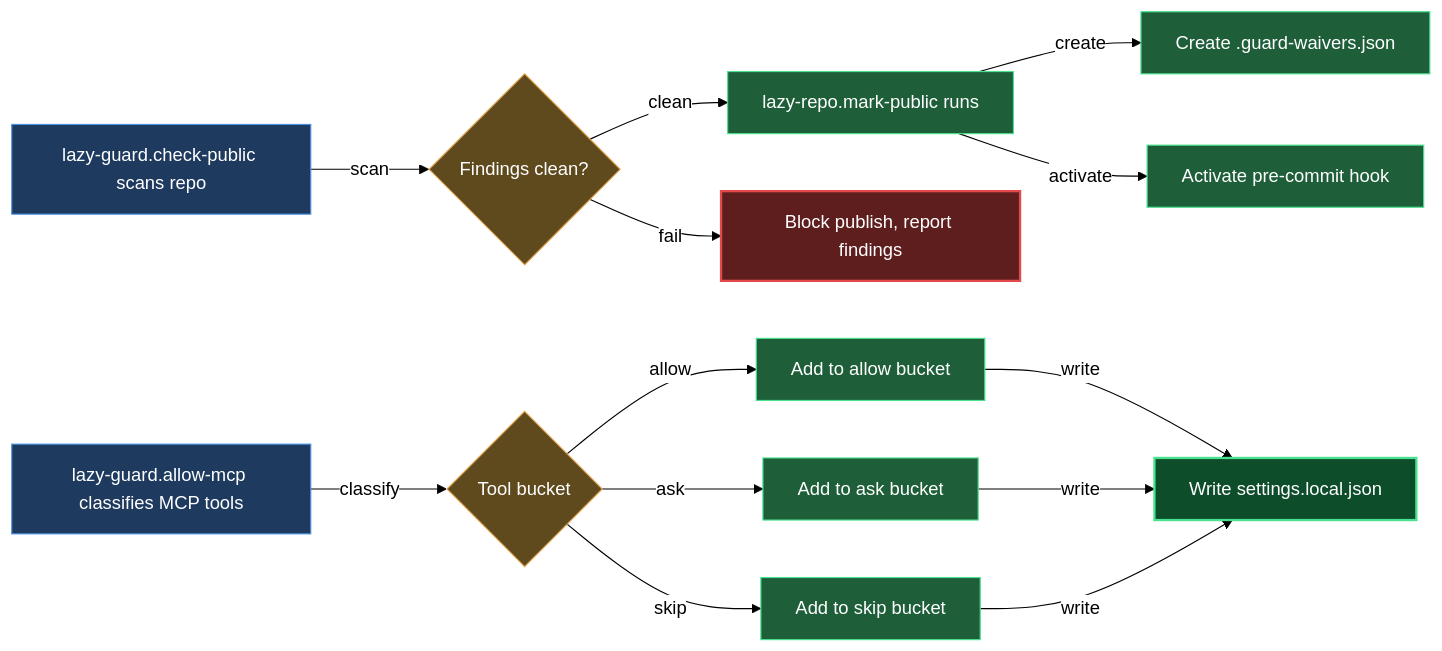
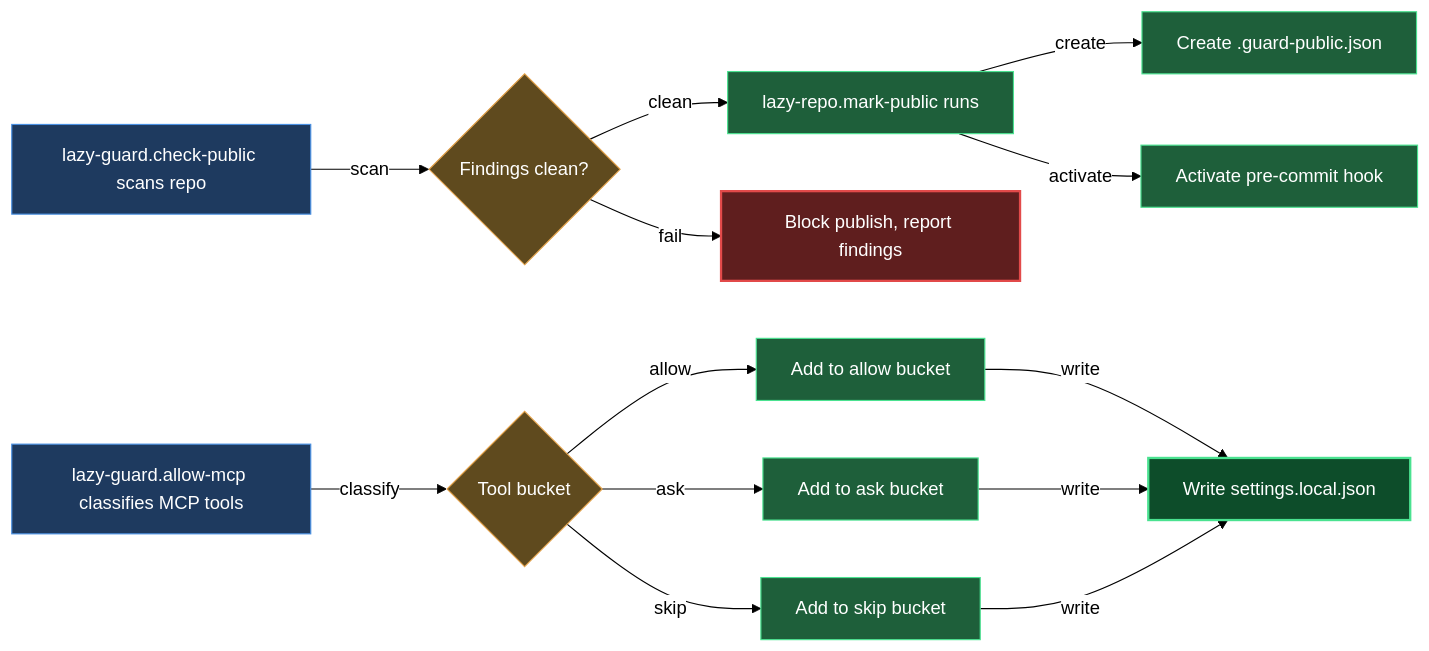
The diagram in claude/lazycortex-core/help/guardian.md (mebius-san/lazy-cortex), drawn with Mermaid before and after one commit. The commit also changed other lines of this file and 511 other files, not shown here.

First line of the commit message:
release: core 7.0.0, specs 6.0.0, review 6.1.0, obsidian 3.0.0, wiki 2.0.0, python 4.0.0, experts 1.0.0, diagram 1.1.7, observe 0.8.3

````diff
--- a/claude/lazycortex-core/help/guardian.md
+++ b/claude/lazycortex-core/help/guardian.md
@@ -60,48 +61,48 @@
 ```mermaid
 %%{init: {'themeVariables':{'background':'transparent','lineColor':'#000','textColor':'#000','edgeLabelBackground':'#fff'},'themeCSS':'.edgeLabel{background-color:transparent!important}.edgeLabel p{background-color:transparent!important}','flowchart':{'diagramPadding':5,'useMaxWidth':true}}}%%
 flowchart LR
   checkPublicScans[lazy-guard.check-public scans repo]
   findingsReady{Findings clean?}
   markPublicRuns[lazy-repo.mark-public runs]
-  writeWaivers[Create .guard-waivers.json]
+  writeWaivers[Create .guard-public.json]
   activateHook[Activate pre-commit hook]
   blockPublish[Block publish, report findings]
   allowMcpRuns[lazy-guard.allow-mcp classifies MCP tools]
   classifyBucket{Tool bucket}
   bucketAllow[Add to allow bucket]
   bucketAsk[Add to ask bucket]
   bucketSkip[Add to skip bucket]
   writeSettingsLocal[Write settings.local.json]
 
   checkPublicScans -->|scan| findingsReady
   findingsReady -->|clean| markPublicRuns
   findingsReady -->|fail| blockPublish
   markPublicRuns -->|create| writeWaivers
   markPublicRuns -->|activate| activateHook
   allowMcpRuns -->|classify| classifyBucket
   classifyBucket -->|allow| bucketAllow
   classifyBucket -->|ask| bucketAsk
   classifyBucket -->|skip| bucketSkip
   bucketAllow -->|write| writeSettingsLocal
   bucketAsk -->|write| writeSettingsLocal
   bucketSkip -->|write| writeSettingsLocal
 
   classDef entry fill:#1e3a5f,stroke:#4a90e2,color:#fff
   classDef guard fill:#5f4a1e,stroke:#e2a14a,color:#fff
   classDef action fill:#1e5f3a,stroke:#4ae290,color:#fff
   classDef success fill:#0d4d2a,stroke:#4ae290,color:#fff,stroke-width:2px
   classDef error fill:#5f1e1e,stroke:#e24a4a,color:#fff,stroke-width:2px
 
   class checkPublicScans entry
   class allowMcpRuns entry
   class findingsReady guard
   class classifyBucket guard
   class markPublicRuns action
   class writeWaivers action
   class activateHook action
   class bucketAllow action
   class bucketAsk action
   class bucketSkip action
   class writeSettingsLocal success
   class blockPublish error
 ```
````
